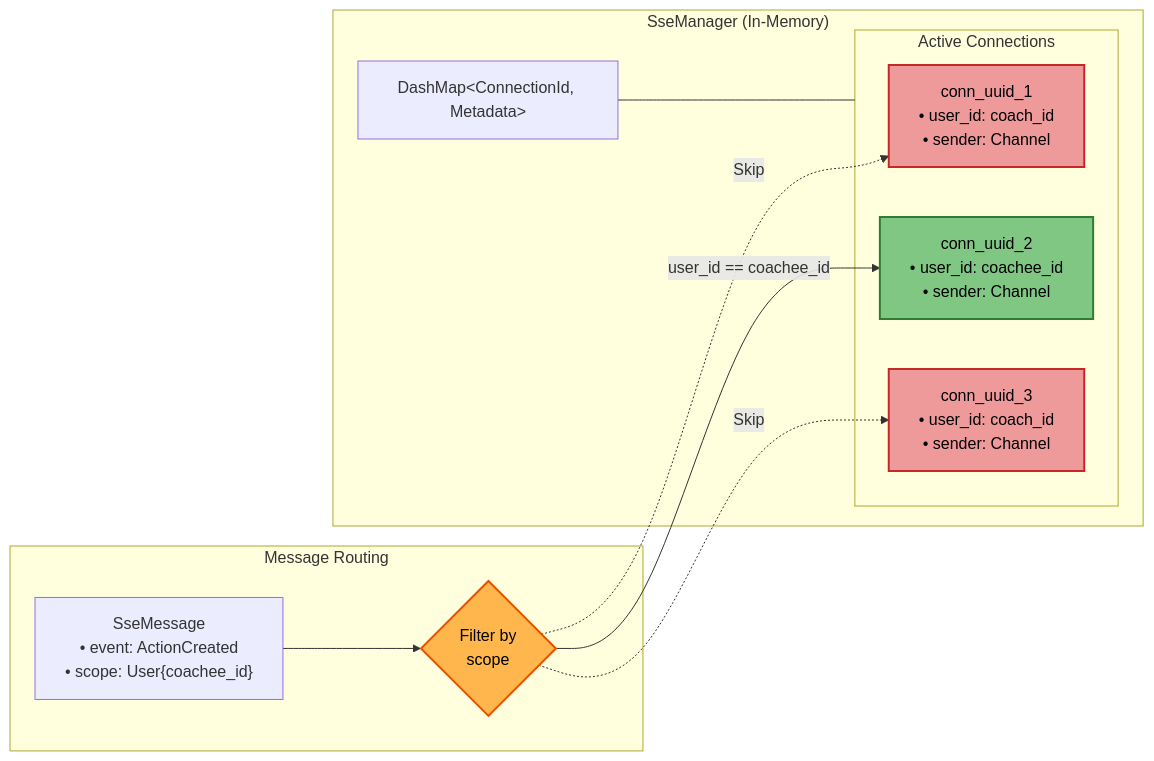
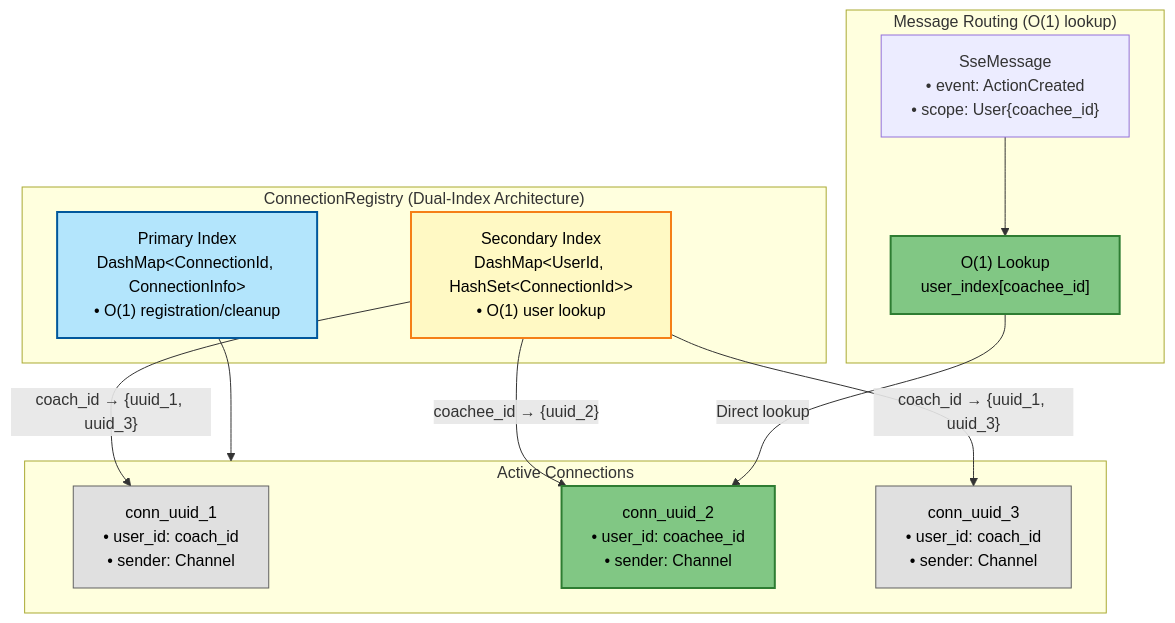
Before and after one commit to refactor-group/refactor-platform-rs: the third of 5 diagrams in docs/implementation-plans/sse-communication.md, drawn with Mermaid. The commit also changed other lines of this file, not shown here.

First line of the commit message:
update sse plan

````diff
--- a/docs/implementation-plans/sse-communication.md
+++ b/docs/implementation-plans/sse-communication.md
@@ -118,29 +118,33 @@
 ```mermaid
-graph LR
-    subgraph "SseManager (In-Memory)"
-        DashMap["DashMap&lt;ConnectionId, Metadata&gt;"]
-
-        subgraph Connections["Active Connections"]
-            C1["conn_uuid_1<br/>• user_id: coach_id<br/>• sender: Channel"]
-            C2["conn_uuid_2<br/>• user_id: coachee_id<br/>• sender: Channel"]
-            C3["conn_uuid_3<br/>• user_id: coach_id<br/>• sender: Channel"]
-        end
+graph TB
+    subgraph "ConnectionRegistry (Dual-Index Architecture)"
+        Primary["Primary Index<br/>DashMap&lt;ConnectionId, ConnectionInfo&gt;<br/>• O(1) registration/cleanup"]
+        Secondary["Secondary Index<br/>DashMap&lt;UserId, HashSet&lt;ConnectionId&gt;&gt;<br/>• O(1) user lookup"]
     end
 
-    subgraph "Message Routing"
-        Msg["SseMessage<br/>• event: ActionCreated<br/>• scope: User{coachee_id}"]
-        Filter{"Filter by<br/>scope"}
+    subgraph Connections["Active Connections"]
+        C1["conn_uuid_1<br/>• user_id: coach_id<br/>• sender: Channel"]
+        C2["conn_uuid_2<br/>• user_id: coachee_id<br/>• sender: Channel"]
+        C3["conn_uuid_3<br/>• user_id: coach_id<br/>• sender: Channel"]
     end
 
-    Msg --> Filter
-    Filter -->|"user_id == coachee_id"| C2
-    Filter -.->|"Skip"| C1
-    Filter -.->|"Skip"| C3
+    subgraph "Message Routing (O(1) lookup)"
+        Msg["SseMessage<br/>• event: ActionCreated<br/>• scope: User{coachee_id}"]
+        Lookup["O(1) Lookup<br/>user_index[coachee_id]"]
+    end
 
-    DashMap --- Connections
+    Primary --> Connections
+    Secondary -->|"coach_id → {uuid_1, uuid_3}"| C1
+    Secondary -->|"coach_id → {uuid_1, uuid_3}"| C3
+    Secondary -->|"coachee_id → {uuid_2}"| C2
+
+    Msg --> Lookup
+    Lookup -->|"Direct lookup"| C2
 
     style C2 fill:#81c784,stroke:#2e7d32,stroke-width:2px,color:#000
-    style C1 fill:#ef9a9a,stroke:#c62828,stroke-width:2px,color:#000
-    style C3 fill:#ef9a9a,stroke:#c62828,stroke-width:2px,color:#000
-    style Filter fill:#ffb74d,stroke:#e65100,stroke-width:2px,color:#000
+    style C1 fill:#e0e0e0,stroke:#616161,stroke-width:1px,color:#000
+    style C3 fill:#e0e0e0,stroke:#616161,stroke-width:1px,color:#000
+    style Lookup fill:#81c784,stroke:#2e7d32,stroke-width:2px,color:#000
+    style Primary fill:#b3e5fc,stroke:#01579b,stroke-width:2px,color:#000
+    style Secondary fill:#fff9c4,stroke:#f57f17,stroke-width:2px,color:#000
 ```
````
